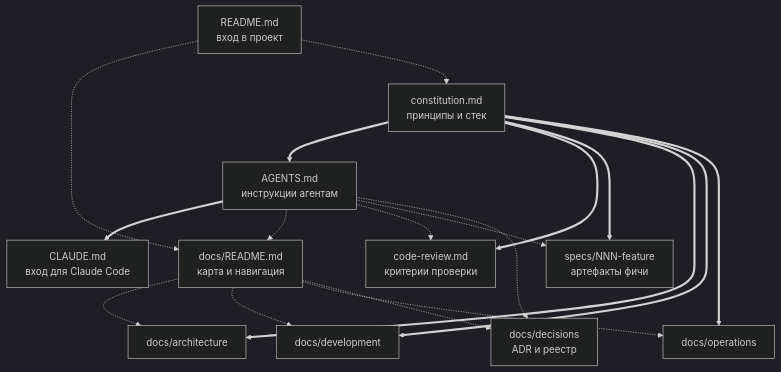
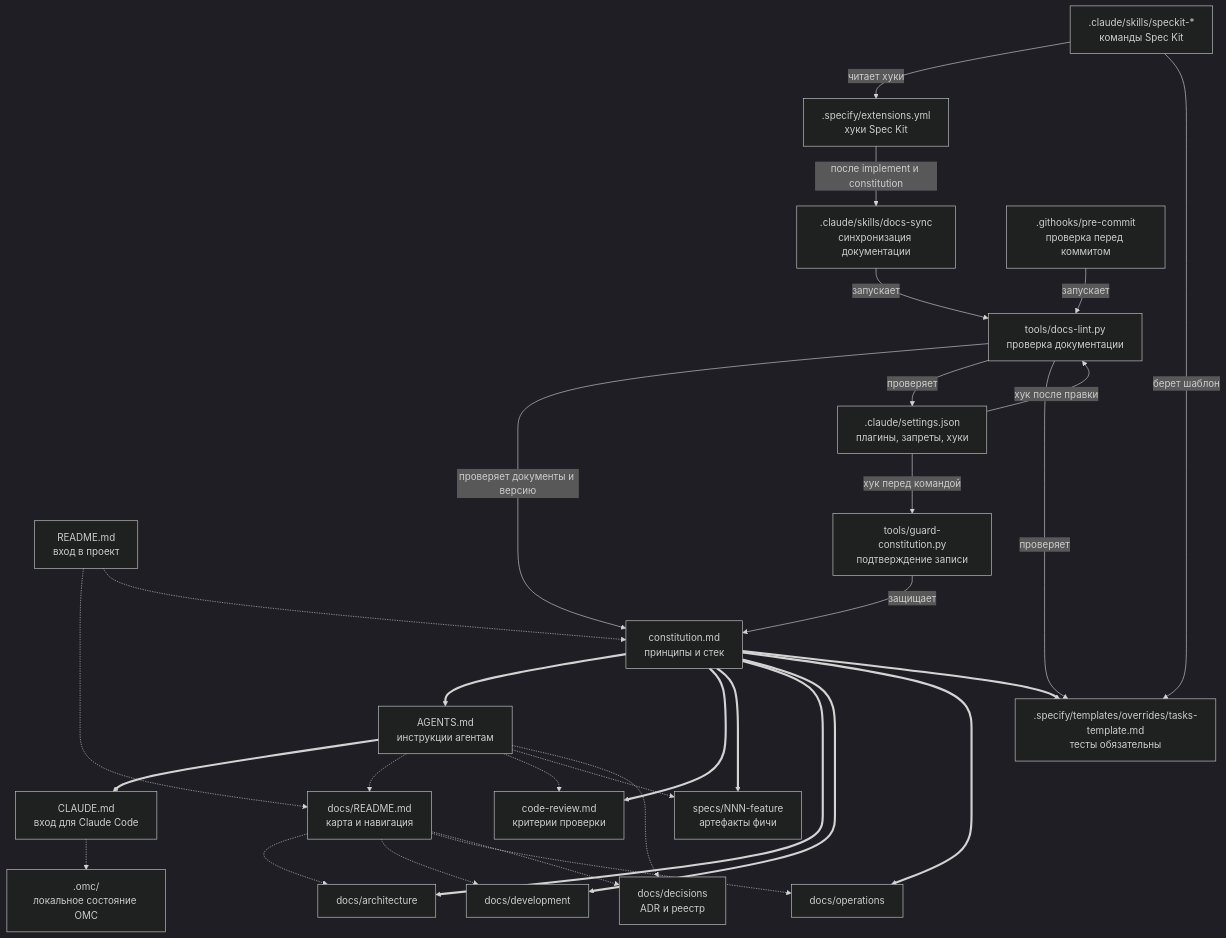
One commit to muhin-g-s/Movie-Service changed the diagram in docs/README.md. Above: the diagram before and after it, drawn with Mermaid (dark theme). The commit also changed other lines of this file and 2 other files, not shown here.

Commit message:
chore(platform): show all harness files on relationship diagram and lint them

````diff
--- a/docs/README.md
+++ b/docs/README.md
@@ -44,32 +44,55 @@
 ```mermaid
 flowchart TD
     C["constitution.md<br/>принципы и стек"]
     A["AGENTS.md<br/>инструкции агентам"]
     CL["CLAUDE.md<br/>вход для Claude Code"]
     CR["code-review.md<br/>критерии проверки"]
     S["specs/NNN-feature<br/>артефакты фичи"]
     R["README.md<br/>вход в проект"]
     D["docs/README.md<br/>карта и навигация"]
     AR["docs/architecture"]
     DV["docs/development"]
     OP["docs/operations"]
     DC["docs/decisions<br/>ADR и реестр"]
+    SPK[".claude/skills/speckit-*<br/>команды Spec Kit"]
+    OV[".specify/templates/overrides/tasks-template.md<br/>тесты обязательны"]
+    EXT[".specify/extensions.yml<br/>хуки Spec Kit"]
+    SYNC[".claude/skills/docs-sync<br/>синхронизация документации"]
+    LINT["tools/docs-lint.py<br/>проверка документации"]
+    GUARD["tools/guard-constitution.py<br/>подтверждение записи"]
+    SET[".claude/settings.json<br/>плагины, запреты, хуки"]
+    GIT[".githooks/pre-commit<br/>проверка перед коммитом"]
+    OMC[".omc/<br/>локальное состояние OMC"]
 
     C ==> A ==> CL
     C ==> CR
     C ==> S
     C ==> AR
     C ==> DV
     C ==> OP
+    C ==> OV
 
     R -.-> D
     R -.-> C
     D -.-> AR
     D -.-> DV
     D -.-> OP
     D -.-> DC
     A -.-> D
     A -.-> CR
     A -.-> S
     A -.-> DC
+    CL -.-> OMC
+
+    SPK -->|читает хуки| EXT
+    SPK -->|берет шаблон| OV
+    EXT -->|после implement и constitution| SYNC
+    SYNC -->|запускает| LINT
+    SET -->|хук после правки| LINT
+    SET -->|хук перед командой| GUARD
+    GIT -->|запускает| LINT
+    GUARD -->|защищает| C
+    LINT -->|проверяет документы и версию| C
+    LINT -->|проверяет| SET
+    LINT -->|проверяет| OV
 ```
````
